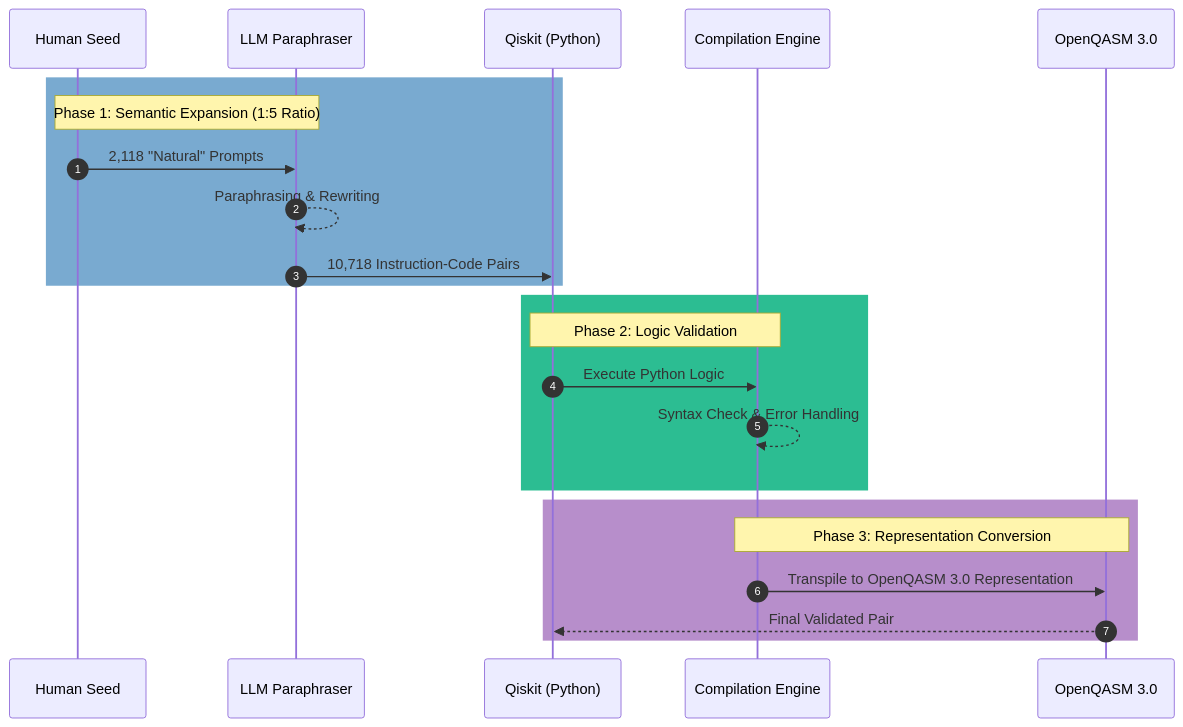
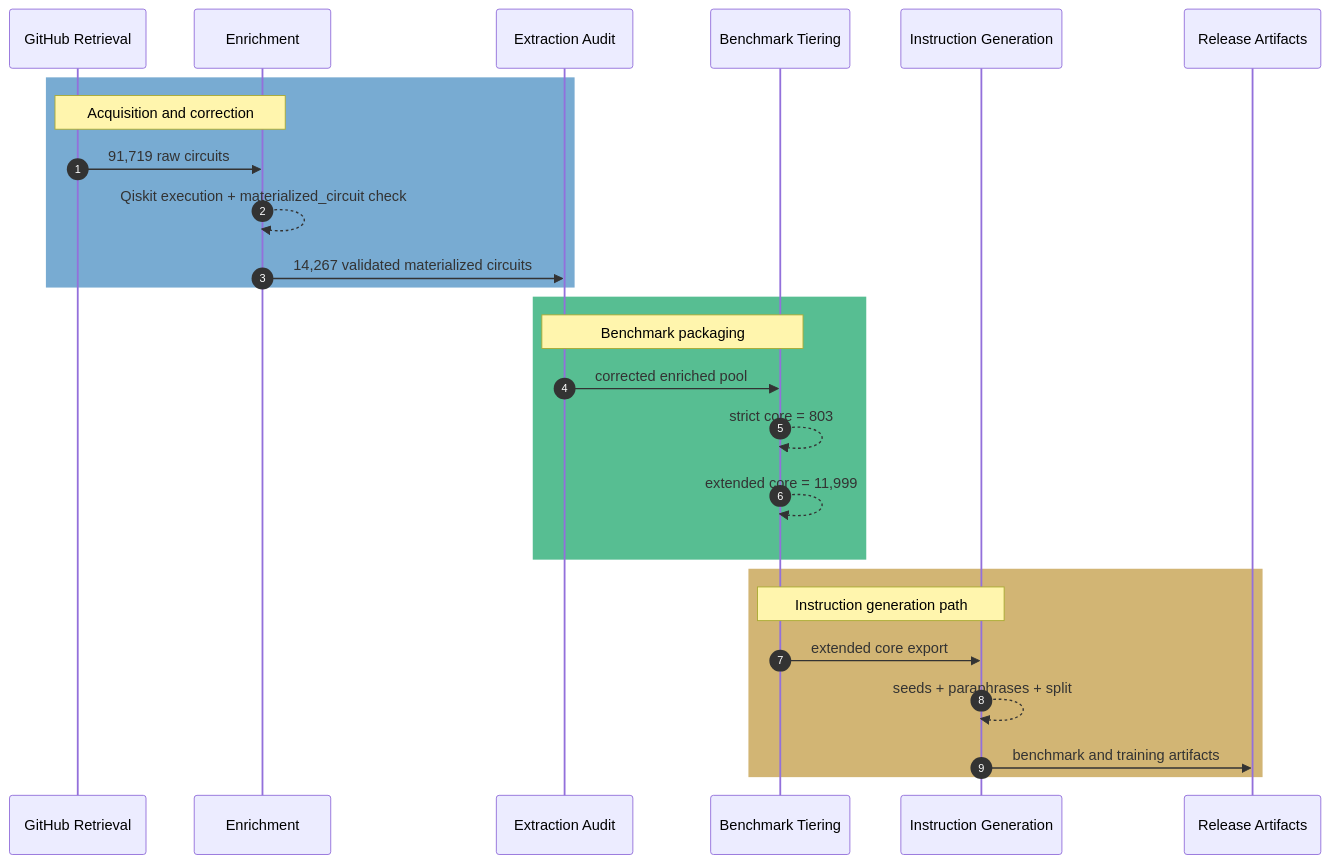
Before and after one commit to Elias-Abebe-Gasparini/PQID-Dataset: the third of 4 diagrams in ARCHITECTURE.mmd, drawn with Mermaid. The commit also changed other lines of this file and 128 other files, not shown here.

````diff
--- a/ARCHITECTURE.mmd
+++ b/ARCHITECTURE.mmd
@@ -50,29 +63,32 @@
 ```mermaid
 %%{init: {'themeVariables': {'noteTextColor': '#000000', 'messageTextColor': '#000000', 'actorTextColor': '#000000'}}}%%
 sequenceDiagram
     autonumber
-    participant H as Human Seed
-    participant LLM as LLM Paraphraser
-    participant QK as Qiskit (Python)
-    participant VAL as Compilation Engine
-    participant Q3 as OpenQASM 3.0
+    participant GH as GitHub Retrieval
+    participant EN as Enrichment
+    participant QA as Extraction Audit
+    participant BT as Benchmark Tiering
+    participant IG as Instruction Generation
+    participant HF as Release Artifacts
 
-    rect rgb(121, 170, 208)
-    Note over H,LLM: Phase 1: Semantic Expansion (1:5 Ratio)
-    H->>LLM: 2,118 "Natural" Prompts
-    LLM-->>LLM: Paraphrasing & Rewriting
-    LLM->>QK: 10,718 Instruction-Code Pairs
+    rect rgb(120, 171, 210)
+    Note over GH,EN: Acquisition and correction
+    GH->>EN: 91,719 raw circuits
+    EN-->>EN: Qiskit execution + materialized_circuit check
+    EN->>QA: 14,267 validated materialized circuits
     end
 
-    rect rgb(44, 189, 146)
-    Note over QK,VAL: Phase 2: Logic Validation
-    QK->>VAL: Execute Python Logic
-    VAL-->>VAL: Syntax Check & Error Handling
+    rect rgb(87, 190, 146)
+    Note over QA,BT: Benchmark packaging
+    QA->>BT: corrected enriched pool
+    BT-->>BT: strict core = 803
+    BT-->>BT: extended core = 11,999
     end
-    
-    rect rgb(183, 142, 203)
-    Note over VAL,Q3: Phase 3: Representation Conversion
-    VAL->>Q3: Transpile to OpenQASM 3.0 Representation
-    Q3-->>QK: Final Validated Pair
+
+    rect rgb(210, 181, 116)
+    Note over BT,IG: Instruction generation path
+    BT->>IG: extended core export
+    IG-->>IG: seeds + paraphrases + split
+    IG->>HF: benchmark and training artifacts
     end
 ```
````
